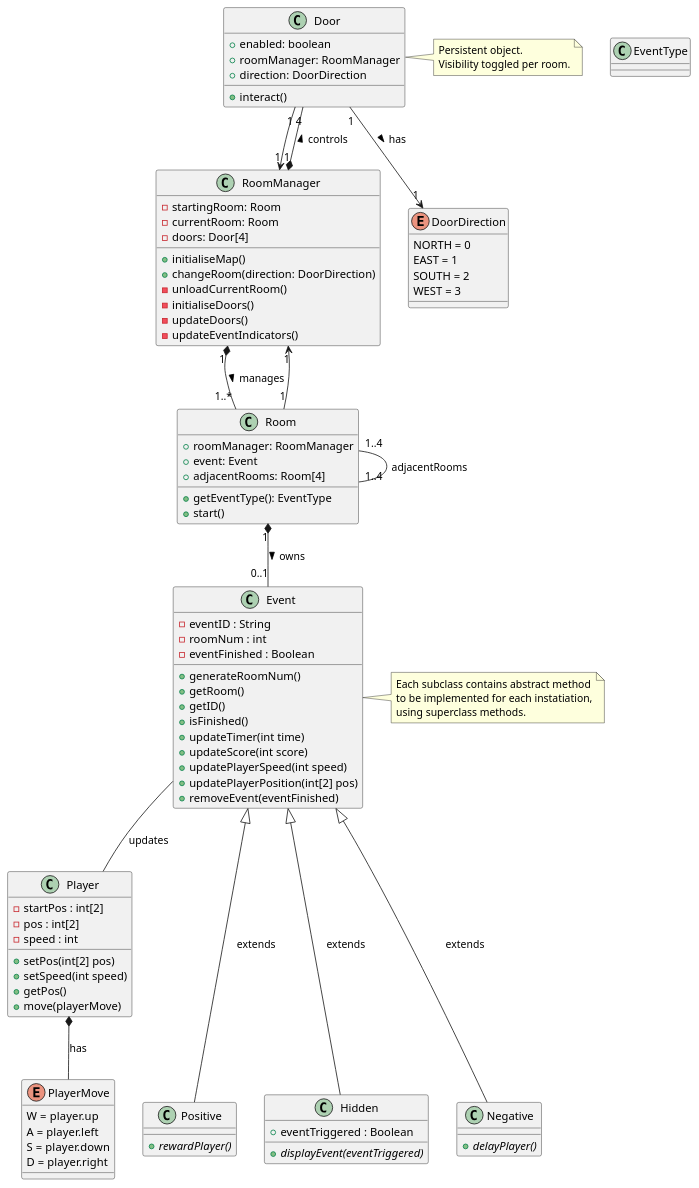
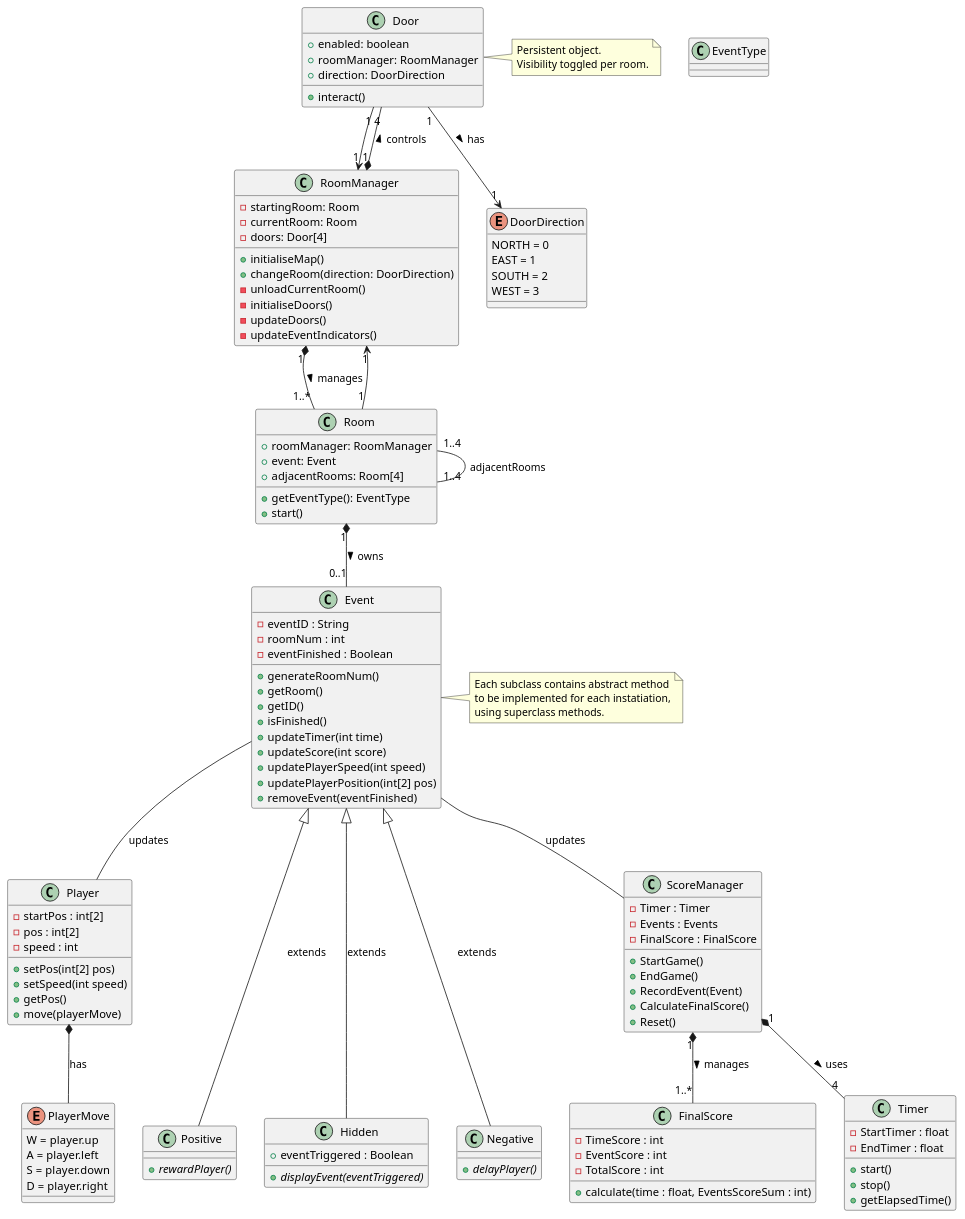
One commit to Vrun1506/team10project-continuance changed the diagram in Diagrams/ClassDiagrams/CombinedClass.plantuml. Above: the diagram before and after it, drawn with PlantUML. The commit also changed other lines of this file, not shown here.

Commit message:
Update CombinedClass.plantuml Chi

```diff
--- a/Diagrams/ClassDiagrams/CombinedClass.plantuml
+++ b/Diagrams/ClassDiagrams/CombinedClass.plantuml
@@ -2,109 +1,141 @@
 @startuml RoomManager
 
 class RoomManager {
     - startingRoom: Room
     - currentRoom: Room
     - doors: Door[4]
     + initialiseMap()
     + changeRoom(direction: DoorDirection)
     - unloadCurrentRoom()
     - initialiseDoors()
     - updateDoors()
     - updateEventIndicators()
 }
 
 class Room {
     + roomManager: RoomManager
     + event: Event
     + adjacentRooms: Room[4]
     + getEventType(): EventType
     + start()
 }
 
 class Door {
     + enabled: boolean
     + roomManager: RoomManager
     + direction: DoorDirection
     + interact()
 }
 
 note right of Door
 Persistent object.
 Visibility toggled per room.
 end note
 
 class EventType
 
 enum DoorDirection {
     NORTH = 0
     EAST = 1
     SOUTH = 2
     WEST = 3
 }
 
 RoomManager "1" *-- "1..*" Room : manages >
 RoomManager "1" *-- "4" Door : controls >
 Room "1" --> "1" RoomManager
 Door "1" --> "1" RoomManager
 Room "1..4" -- "1..4" Room : adjacentRooms
 Room "1" *-- "0..1" Event : owns >
 Door "1" --> "1" DoorDirection : has >
 
 class Player {
     - startPos : int[2]
     - pos : int[2]
     - speed : int
     + setPos(int[2] pos)
     + setSpeed(int speed)
     + getPos()
     + move(playerMove)
 }
 
 class Event {
     - eventID : String
     - roomNum : int
     - eventFinished : Boolean
     + generateRoomNum()
     + getRoom()
     + getID()
     + isFinished()
     + updateTimer(int time)
     + updateScore(int score)
     + updatePlayerSpeed(int speed)
     + updatePlayerPosition(int[2] pos)
     + removeEvent(eventFinished)
 }
 
 class Positive {
     + {abstract} rewardPlayer()
 }
 
 class Hidden {
     + eventTriggered : Boolean
     + {abstract} displayEvent(eventTriggered)
 }
 
 class Negative {
     + {abstract} delayPlayer()
 }
 
 enum PlayerMove {
     W = player.up
     A = player.left
     S = player.down
     D = player.right
 }
 
 Note right of Event
 Each subclass contains abstract method
 to be implemented for each instatiation,
 using superclass methods.
 end note
 
 Event <|--- Positive : extends
 Event <|--- Hidden : extends
 Event <|--- Negative : extends
 Event -- Player : updates
 Player *-- PlayerMove : has
 
+class ScoreManager {
+    -Timer : Timer 
+    -Events : Events
+    -FinalScore : FinalScore 
+    +StartGame()
+    +EndGame()
+    +RecordEvent(Event)
+    +CalculateFinalScore()
+    +Reset()
+}
+
+class FinalScore {
+    -TimeScore : int
+    -EventScore : int
+    -TotalScore : int
+    +calculate(time : float, EventsScoreSum : int)
+}
+
+class Timer {
+    -StartTimer : float
+    -EndTimer : float
+    +start()
+    +stop()
+    +getElapsedTime()
+
+}
+
+Event -- ScoreManager : updates
+ScoreManager "1" *-- "1..*" FinalScore : manages >
+ScoreManager "1" *-- "4" Timer : uses >
+
+
 @enduml
```
